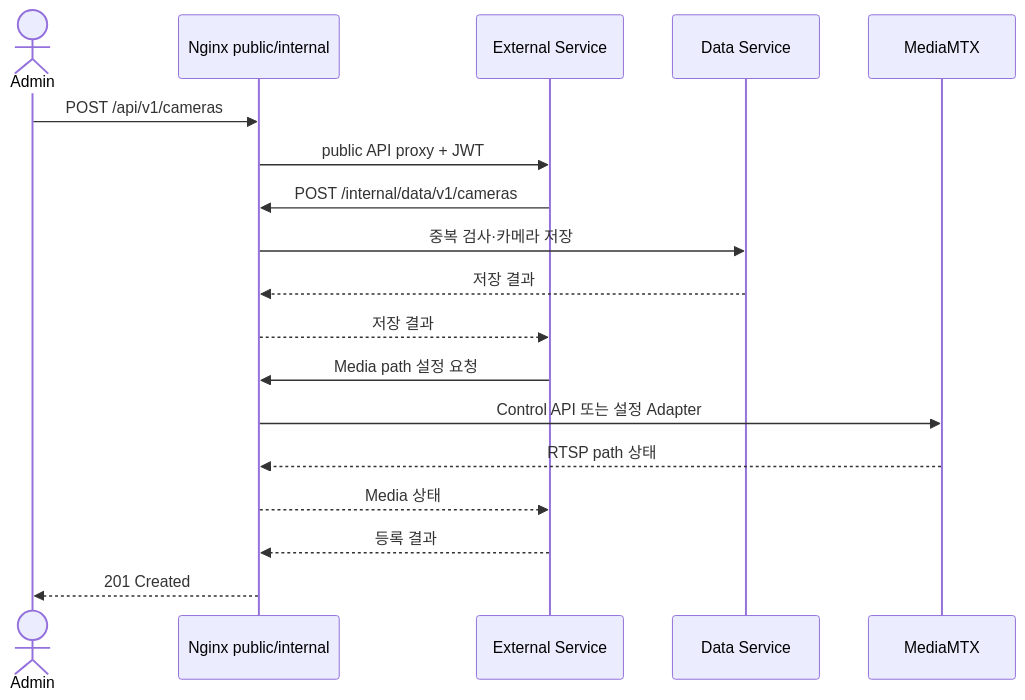
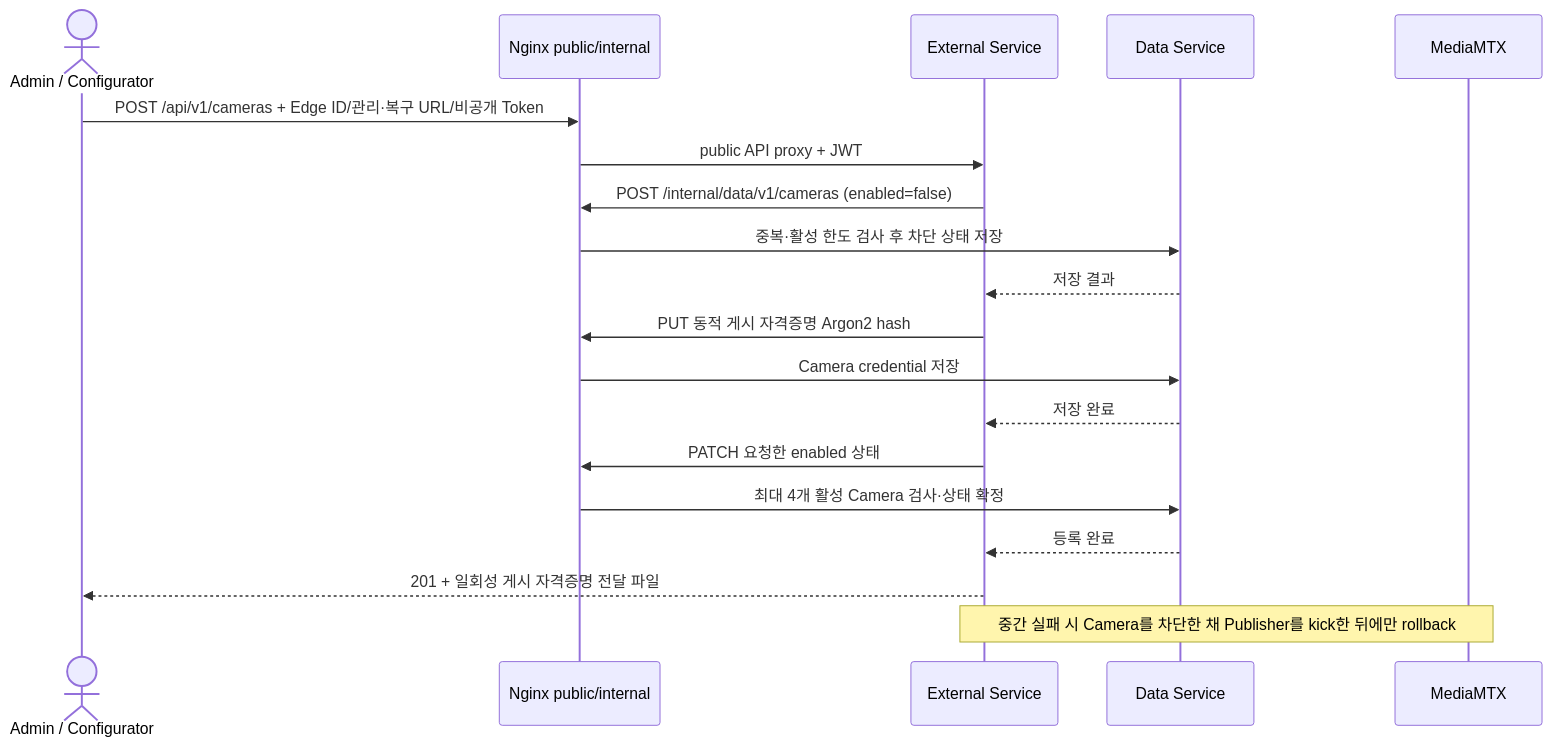
One commit to Eye-O-T/new_structure changed the fifth of 13 diagrams in ARCHITECTURE.md. Above: the diagram before and after it, drawn with Mermaid. The commit also changed other lines of this file and 77 other files, not shown here.

````diff
--- a/ARCHITECTURE.md
+++ b/ARCHITECTURE.md
@@ -446,21 +484,22 @@
 ```mermaid
 sequenceDiagram
-    actor A as Admin
+    actor A as Admin / Configurator
     participant N as Nginx public/internal
     participant X as External Service
     participant D as Data Service
     participant M as MediaMTX
 
-    A->>N: POST /api/v1/cameras
+    A->>N: POST /api/v1/cameras + Edge ID/관리·복구 URL/비공개 Token
     N->>X: public API proxy + JWT
-    X->>N: POST /internal/data/v1/cameras
-    N->>D: 중복 검사·카메라 저장
-    D-->>N: 저장 결과
-    N-->>X: 저장 결과
-    X->>N: Media path 설정 요청
-    N->>M: Control API 또는 설정 Adapter
-    M-->>N: RTSP path 상태
-    N-->>X: Media 상태
-    X-->>N: 등록 결과
-    N-->>A: 201 Created
+    X->>N: POST /internal/data/v1/cameras (enabled=false)
+    N->>D: 중복·활성 한도 검사 후 차단 상태 저장
+    D-->>X: 저장 결과
+    X->>N: PUT 동적 게시 자격증명 Argon2 hash
+    N->>D: Camera credential 저장
+    D-->>X: 저장 완료
+    X->>N: PATCH 요청한 enabled 상태
+    N->>D: 최대 4개 활성 Camera 검사·상태 확정
+    D-->>X: 등록 완료
+    X-->>A: 201 + 일회성 게시 자격증명 전달 파일
+    Note over X,M: 중간 실패 시 Camera를 차단한 채 Publisher를 kick한 뒤에만 rollback
 ```
````
